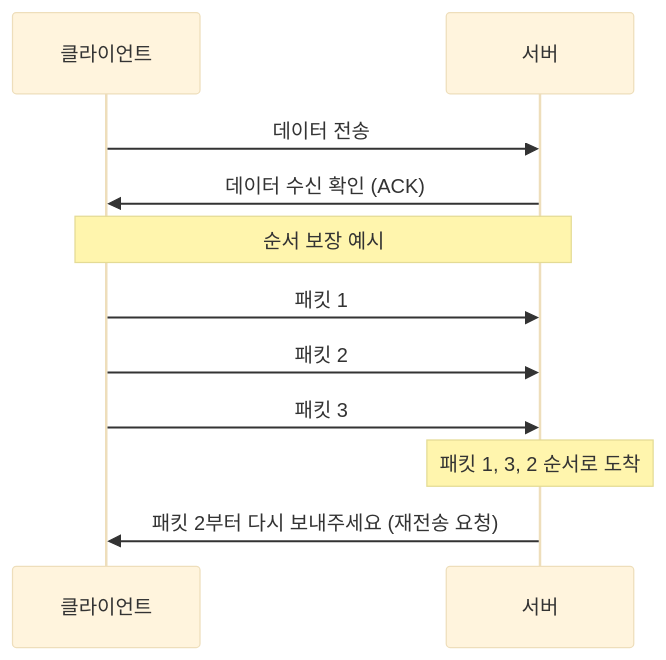
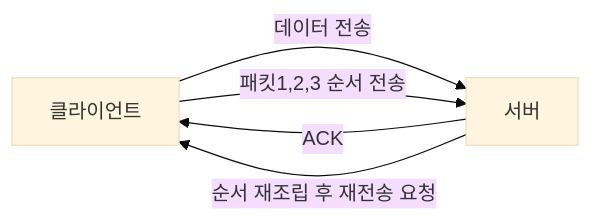
One commit to yjkim2015/yjkim2015.github.io changed the second of 4 diagrams in _posts/http/2021-01-01-http.md. Above: the diagram before and after it, drawn with Mermaid (base theme). The commit also changed 50 other files, not shown here.

First line of the commit message:
stateDiagram 11개 graph LR 변환 + 테이블 빈 셀 17개 수정

````diff
--- a/_posts/http/2021-01-01-http.md
+++ b/_posts/http/2021-01-01-http.md
@@ -164,13 +164,7 @@
 ```mermaid
-sequenceDiagram
-    participant C as 클라이언트
-    participant S as 서버
-    C->>S: 데이터 전송
-    S->>C: 데이터 수신 확인 (ACK)
-    Note over C,S: 순서 보장 예시
-    C->>S: 패킷 1
-    C->>S: 패킷 2
-    C->>S: 패킷 3
-    Note over S: 패킷 1, 3, 2 순서로 도착
-    S->>C: 패킷 2부터 다시 보내주세요 (재전송 요청)
+graph LR
+    C["클라이언트"] -->|"데이터 전송"| S["서버"]
+    S -->|"ACK"| C
+    C -->|"패킷1,2,3 순서 전송"| S
+    S -->|"순서 재조립 후 재전송 요청"| C
 ```
````
